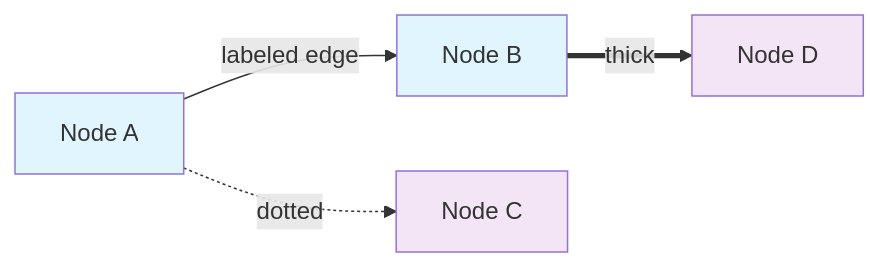
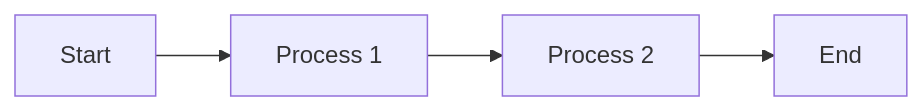
Diagram 11 of 15 in meta/fim/solution/mermaid/use-case/networks-graphs.md (noizu-labs-ml/NoizuPromptLingo), drawn with Mermaid before and after one commit. The commit also changed other lines of this file and 68 other files, not shown here.

````diff
--- a/meta/fim/solution/mermaid/use-case/networks-graphs.md
+++ b/meta/fim/solution/mermaid/use-case/networks-graphs.md
@@ -59,12 +482,7 @@
 ```mermaid
 graph LR
-    A[Node A] -->|labeled edge| B[Node B]
-    A -.->|dotted| C[Node C]
-    B ==>|thick| D[Node D]
-
-    classDef primary fill:#e1f5fe
-    classDef secondary fill:#f3e5f5
-
-    class A,B primary
-    class C,D secondary
+    %% Horizontal flow for process diagrams
+    A[Start] --> B[Process 1]
+    B --> C[Process 2]
+    C --> D[End]
 ```
````
